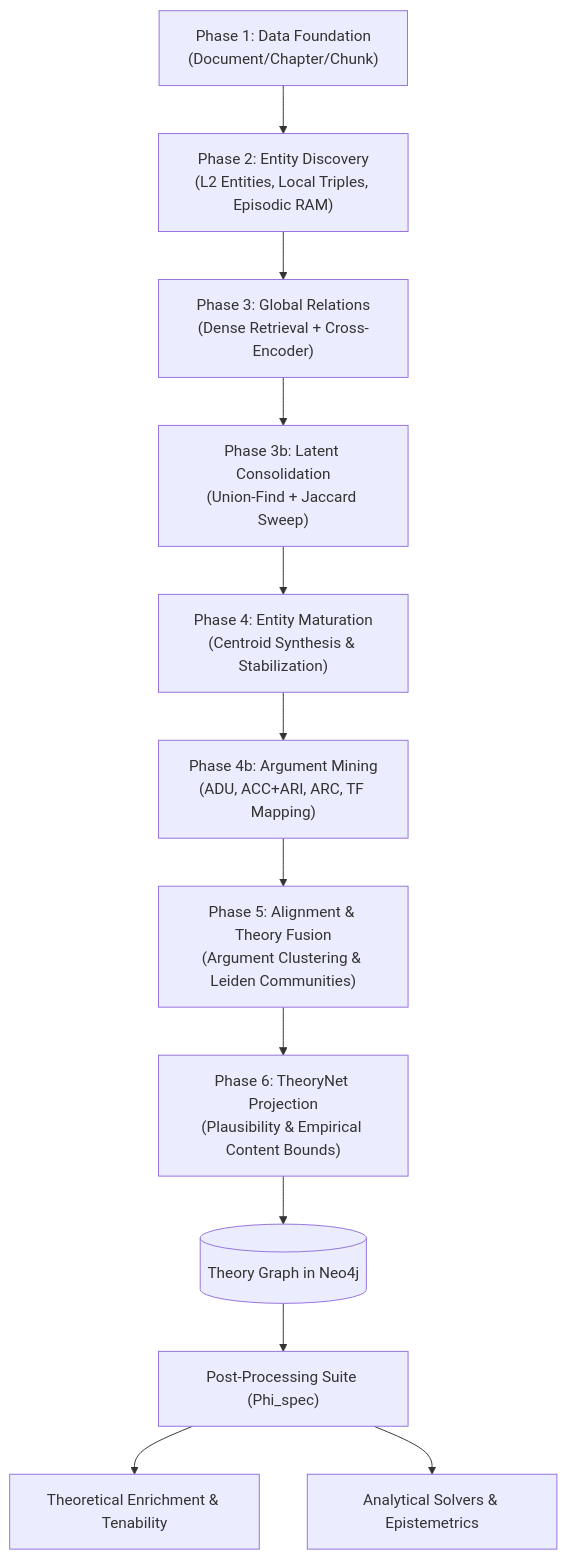
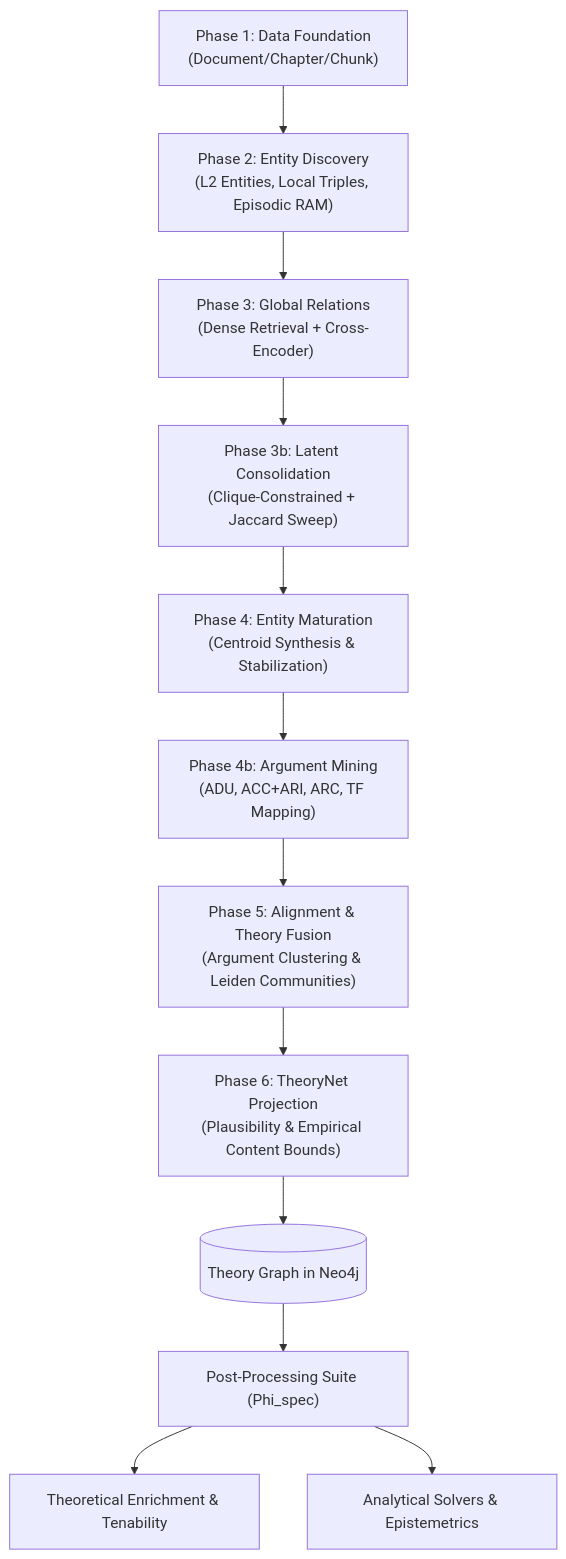
Before and after one commit to maxoem/EpistemeX: the diagram in docs/workflow/index.md, drawn with Mermaid. The commit also changed other lines of this file and 20 other files, not shown here.

````diff
--- a/docs/workflow/index.md
+++ b/docs/workflow/index.md
@@ -101,14 +101,14 @@
 ```mermaid
 flowchart TD
     P1["Phase 1: Data Foundation<br>(Document/Chapter/Chunk)"] --> P2["Phase 2: Entity Discovery<br>(L2 Entities, Local Triples, Episodic RAM)"]
     P2 --> P3["Phase 3: Global Relations<br>(Dense Retrieval + Cross-Encoder)"]
-    P3 --> P3b["Phase 3b: Latent Consolidation<br>(Union-Find + Jaccard Sweep)"]
+    P3 --> P3b["Phase 3b: Latent Consolidation<br>(Clique-Constrained + Jaccard Sweep)"]
     P3b --> P4["Phase 4: Entity Maturation<br>(Centroid Synthesis & Stabilization)"]
     P4 --> P4b["Phase 4b: Argument Mining<br>(ADU, ACC+ARI, ARC, TF Mapping)"]
     P4b --> P5["Phase 5: Alignment & Theory Fusion<br>(Argument Clustering & Leiden Communities)"]
     P5 --> P6["Phase 6: TheoryNet Projection<br>(Plausibility & Empirical Content Bounds)"]
     P6 --> G[("Theory Graph in Neo4j")]
     G --> H["Post-Processing Suite (Phi_spec)"]
     H --> H1["Theoretical Enrichment & Tenability"]
     H --> H2["Analytical Solvers & Epistemetrics"]
 ```
````
